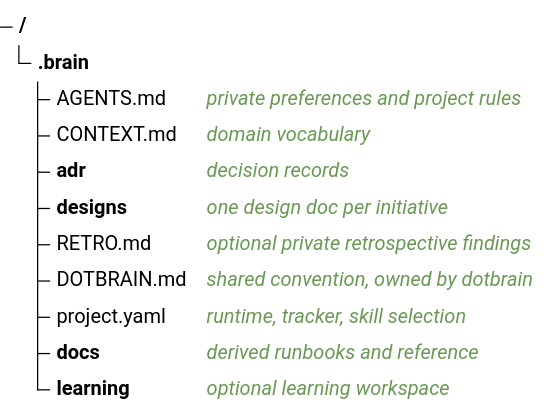
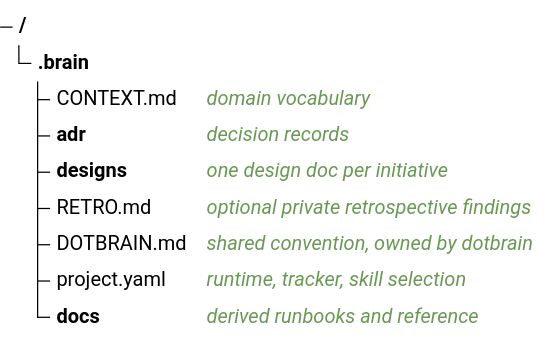
Before and after one commit to arminzou/dotbrain: the second of 3 diagrams in docs/architecture.md, drawn with Mermaid. The commit also changed other lines of this file and 127 other files, not shown here.

````diff
--- a/docs/architecture.md
+++ b/docs/architecture.md
@@ -65,14 +65,12 @@
 ```mermaid
 treeView-beta
   accTitle: The files and folders of a Brain
   .brain/
-    AGENTS.md ## private preferences and project rules
     CONTEXT.md ## domain vocabulary
     adr/ ## decision records
     designs/ ## one design doc per initiative
     RETRO.md ## optional private retrospective findings
     DOTBRAIN.md ## shared convention, owned by dotbrain
     project.yaml ## runtime, tracker, skill selection
     docs/ ## derived runbooks and reference
-    learning/ ## optional learning workspace
 ```
````
